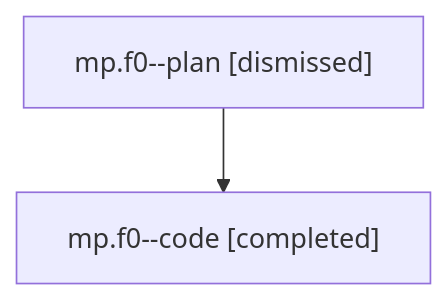
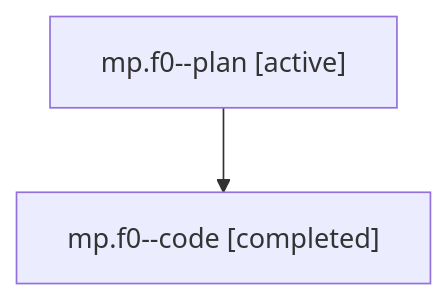
The diagram in families/bbugyi200.athena.mp.f0.md (sase-org/sase--agents), drawn with Mermaid before and after one commit. The commit also changed other lines of this file and 5813 other files, not shown here.

````diff
--- a/families/bbugyi200.athena.mp.f0.md
+++ b/families/bbugyi200.athena.mp.f0.md
@@ -9,6 +9,6 @@
 ```mermaid
 flowchart TD
-  n0["mp.f0--plan [dismissed]"]
+  n0["mp.f0--plan [active]"]
   n1["mp.f0--code [completed]"]
   n0 --> n1
 ```
````
